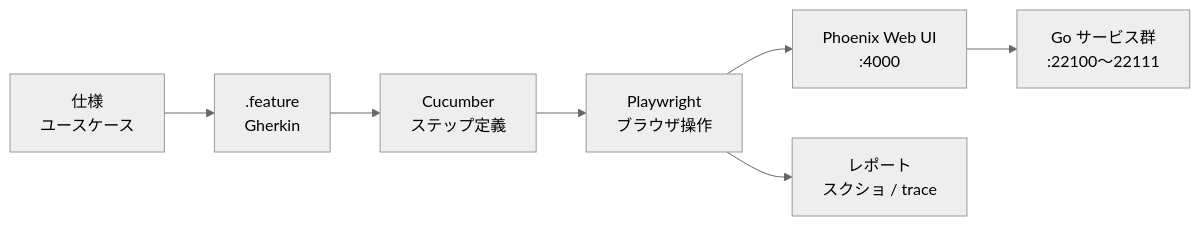
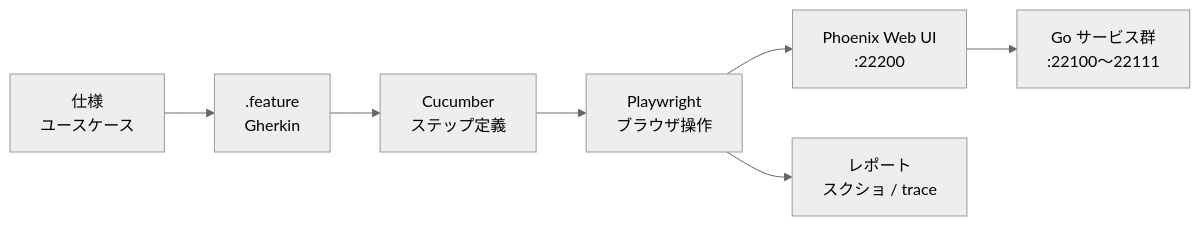
Before and after one commit to makoto-developer/gherkin-cucumber-playwright-app: the diagram in README.md, drawn with Mermaid (neutral theme). The commit also changed other lines of this file and 26 other files, not shown here.

````diff
--- a/README.md
+++ b/README.md
@@ -121,9 +117,9 @@
 ```mermaid
 flowchart LR
     S["仕様<br/>ユースケース"] --> F[".feature<br/>Gherkin"]
     F --> C["Cucumber<br/>ステップ定義"]
     C --> P["Playwright<br/>ブラウザ操作"]
-    P --> W["Phoenix Web UI<br/>:4000"]
+    P --> W["Phoenix Web UI<br/>:22200"]
     W --> M["Go サービス群<br/>:22100〜22111"]
     P --> R["レポート<br/>スクショ / trace"]
 ```
````
